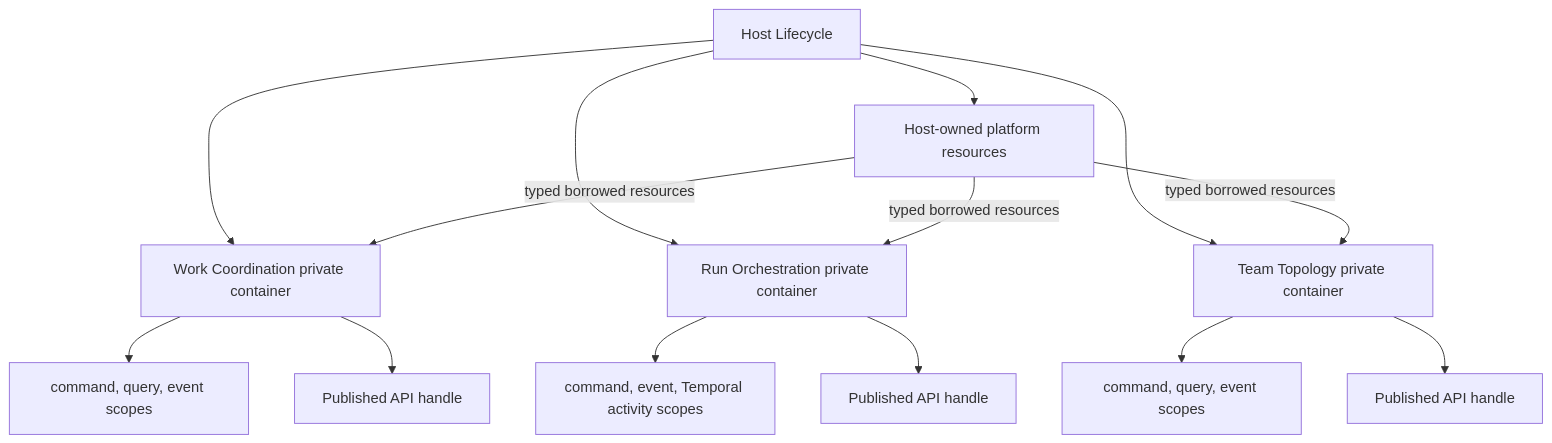
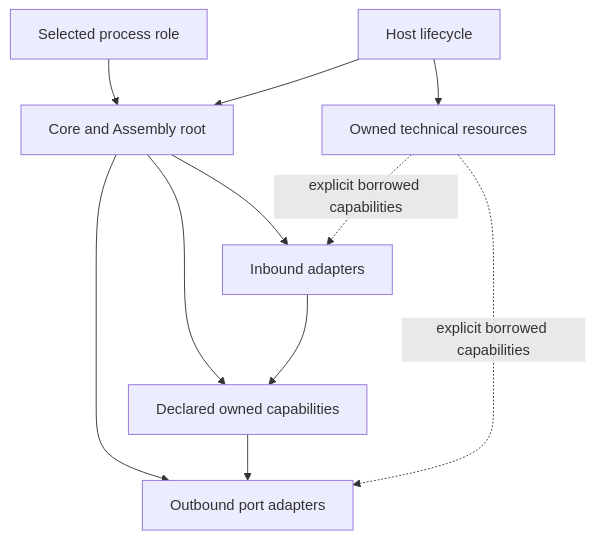
Before and after one commit to agent-teams-ai/agent-teams-orchestrator: the diagram in docs/architecture/composition-and-dependency-injection.md, drawn with Mermaid. The commit also changed other lines of this file and 60 other files, not shown here.

````diff
--- a/docs/architecture/composition-and-dependency-injection.md
+++ b/docs/architecture/composition-and-dependency-injection.md
@@ -26,19 +62,13 @@
 ```mermaid
 flowchart TB
-    Host["Host Lifecycle"] --> Platform["Host-owned platform resources"]
-    Host --> Work["Work Coordination private container"]
-    Host --> Runs["Run Orchestration private container"]
-    Host --> Teams["Team Topology private container"]
-
-    Platform -->|"typed borrowed resources"| Work
-    Platform -->|"typed borrowed resources"| Runs
-    Platform -->|"typed borrowed resources"| Teams
-
-    Work --> WorkScope["command, query, event scopes"]
-    Runs --> RunScope["command, event, Temporal activity scopes"]
-    Teams --> TeamScope["command, query, event scopes"]
-
-    Work --> WorkApi["Published API handle"]
-    Runs --> RunApi["Published API handle"]
-    Teams --> TeamApi["Published API handle"]
+    Profile["Selected process role"] --> Root["Core and Assembly root"]
+    Root --> Capabilities["Declared owned capabilities"]
+    Root --> Inbound["Inbound adapters"]
+    Root --> Outbound["Outbound port adapters"]
+    Inbound --> Capabilities
+    Capabilities --> Outbound
+    Host["Host lifecycle"] --> Root
+    Host --> Resources["Owned technical resources"]
+    Resources -. "explicit borrowed capabilities" .-> Inbound
+    Resources -. "explicit borrowed capabilities" .-> Outbound
 ```
````
